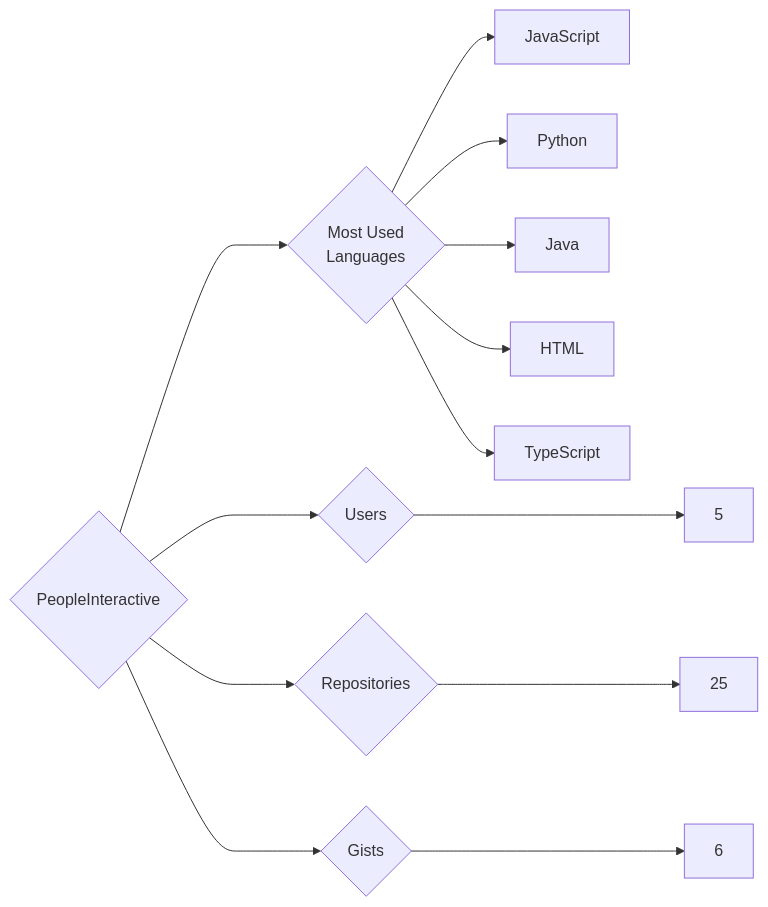
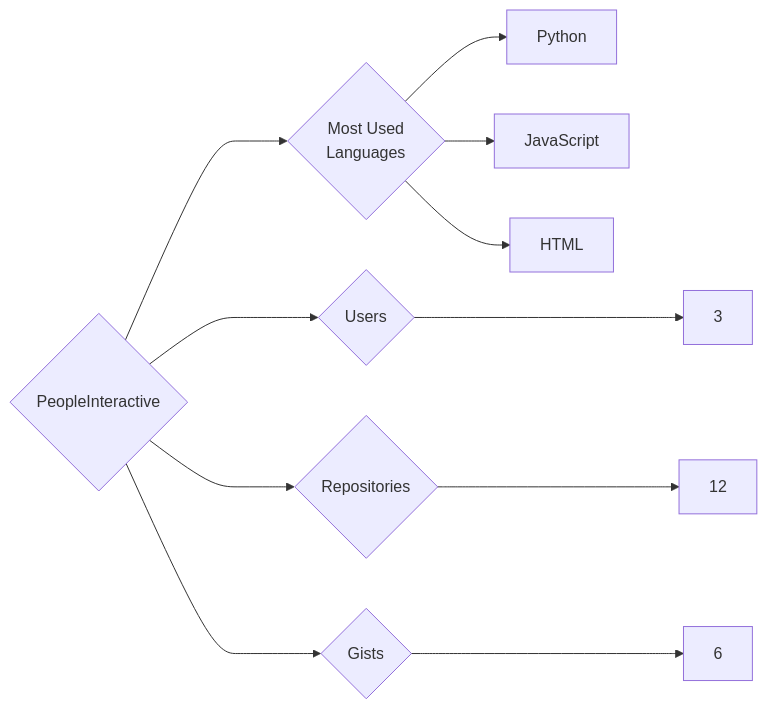
One commit to trickest/insiders changed the diagram in targets/PeopleInteractive/README.md. Above: the diagram before and after it, drawn with Mermaid. The commit also changed 928 other files, not shown here.

````diff
--- a/targets/PeopleInteractive/README.md
+++ b/targets/PeopleInteractive/README.md
@@ -3,13 +3,11 @@
 ```mermaid
 graph LR
 COMPANY_NAME{PeopleInteractive}
-COMPANY_NAME ---> U{Users} ---> UN[5]
-COMPANY_NAME ---> R{Repositories} ---> RN[25]
+COMPANY_NAME ---> U{Users} ---> UN[3]
+COMPANY_NAME ---> R{Repositories} ---> RN[12]
 COMPANY_NAME ---> G{Gists} ---> GN[6]
 COMPANY_NAME ---> ML{Most Used<br>Languages}
+ML --> Python[Python]
 ML --> JavaScript[JavaScript]
-ML --> Python[Python]
-ML --> Java[Java]
 ML --> HTML[HTML]
-ML --> TypeScript[TypeScript]
 ```
````
